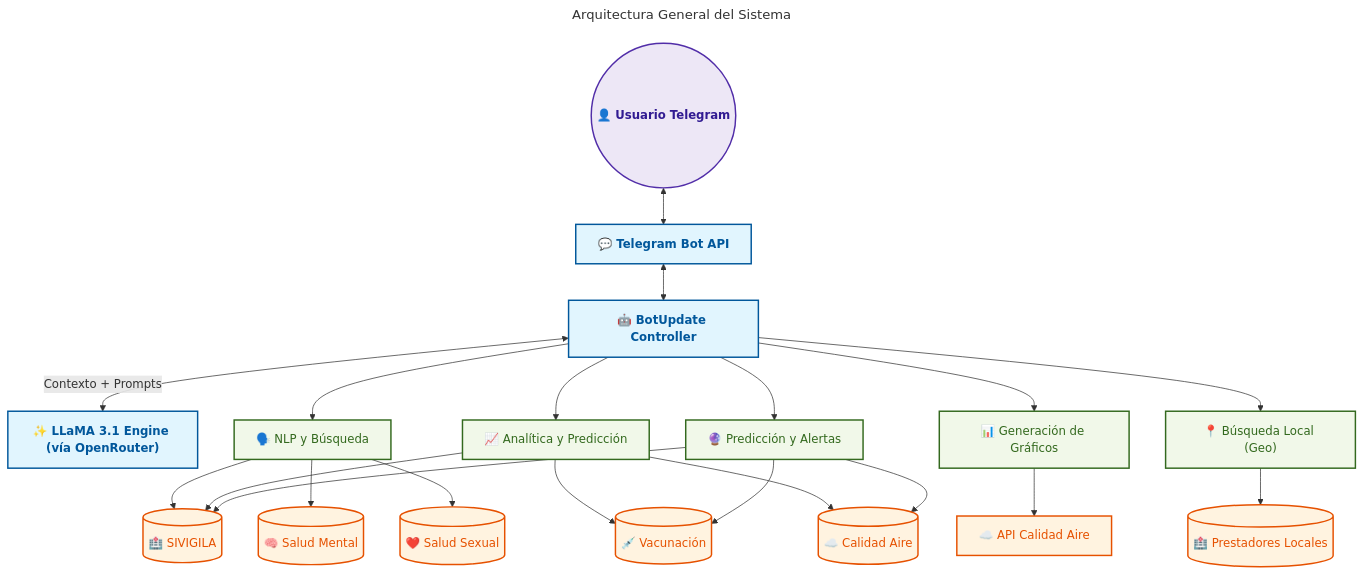
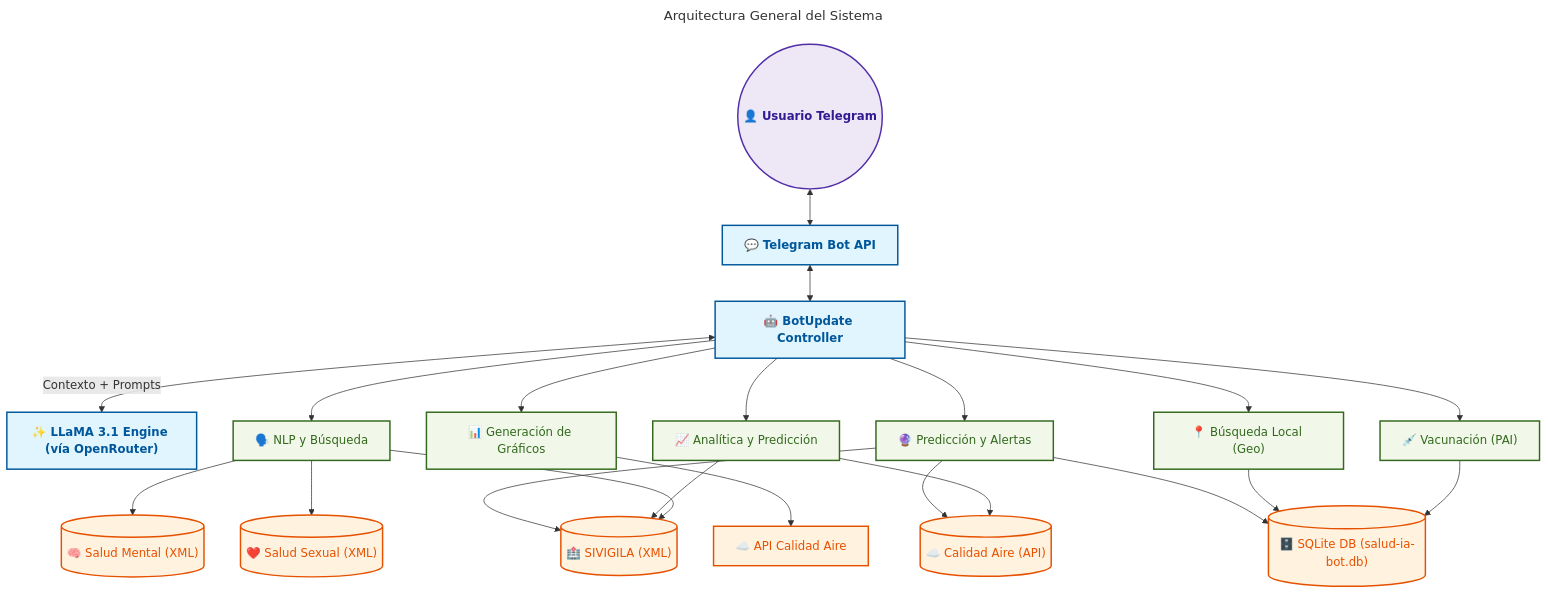
Before and after one commit to RubenDarioGuerreroNeira/Ecosistema-IA-Colombia: the second of 2 diagrams in README.md, drawn with Mermaid. The commit also changed other lines of this file and 5 other files, not shown here.

Commit message:
Feat(core): Update technical architecture documents and implement health check endpoints

````diff
--- a/README.md
+++ b/README.md
@@ -99,34 +102,37 @@
 ```mermaid
 ---
 title: Arquitectura General del Sistema
 ---
 flowchart TD
     classDef core fill:#e1f5fe,stroke:#01579b,stroke-width:2px,color:#01579b,font-weight:bold
     classDef logic fill:#f1f8e9,stroke:#33691e,stroke-width:2px,color:#33691e
     classDef data fill:#fff3e0,stroke:#e65100,stroke-width:2px,color:#e65100
     classDef user fill:#ede7f6,stroke:#512da8,stroke-width:2px,color:#311b92,font-weight:bold
 
     User(("👤 Usuario Telegram")):::user <--> Telegram["💬 Telegram Bot API"]:::core
     Telegram <--> Bot["🤖 BotUpdate Controller"]:::core
     Bot <-->|Contexto + Prompts| AI["✨ LLaMA 3.1 Engine (vía OpenRouter)"]:::core
 
     Bot --> NLP["🗣️ NLP y Búsqueda"]:::logic
     Bot --> Stats["📈 Analítica y Predicción"]:::logic
     Bot --> Charts["📊 Generación de Gráficos"]:::logic
     Bot --> Geo["📍 Búsqueda Local (Geo)"]:::logic
+    Bot --> Vacc["💉 Vacunación (PAI)"]:::logic
     Bot --> Predictions["🔮 Predicción y Alertas"]:::logic
 
-    NLP --> SIVIGILA[("🏥 SIVIGILA")]:::data
-    NLP --> Mental[("🧠 Salud Mental")]:::data
-    NLP --> Sexual[("❤️ Salud Sexual")]:::data
+    NLP --> SIVIGILA[("🏥 SIVIGILA (XML)")]:::data
+    NLP --> Mental[("🧠 Salud Mental (XML)")]:::data
+    NLP --> Sexual[("❤️ Salud Sexual (XML)")]:::data
 
     Stats --> SIVIGILA
-    Stats --> PAI[("💉 Vacunación")]:::data
-    Stats --> AirQuality[("☁️ Calidad Aire")]:::data
+    Stats --> AirQuality[("☁️ Calidad Aire (API)")]:::data
     Predictions --> SIVIGILA
-    Predictions --> PAI[("💉 Vacunación")]:::data
-    Predictions --> AirQuality[("☁️ Calidad Aire")]:::data
+    Predictions --> AirQuality
+    
+    SQLite[("🗄️ SQLite DB (salud-ia-bot.db)")]:::data
+    Vacc --> SQLite
+    Geo --> SQLite
+    Predictions --> SQLite
 
     Charts --> Air["☁️ API Calidad Aire"]:::data
-    Geo --> Local[("🏥 Prestadores Locales")]:::data
 ```
````
